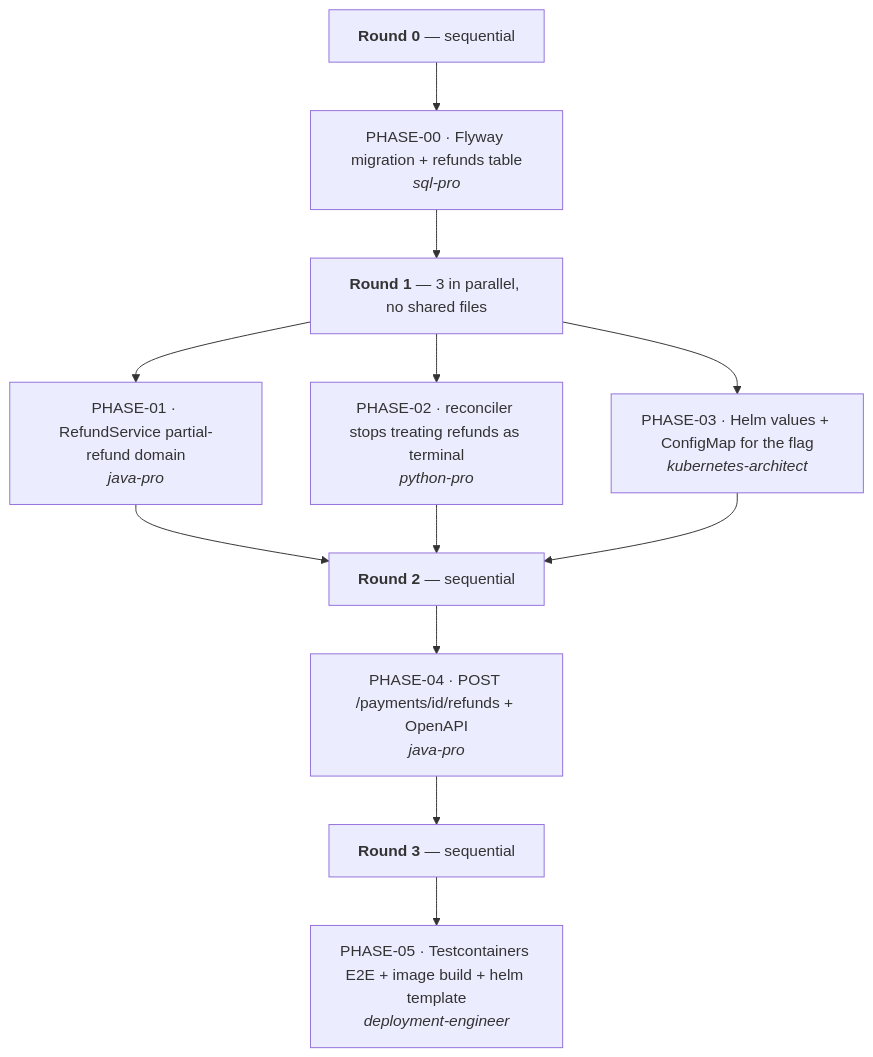
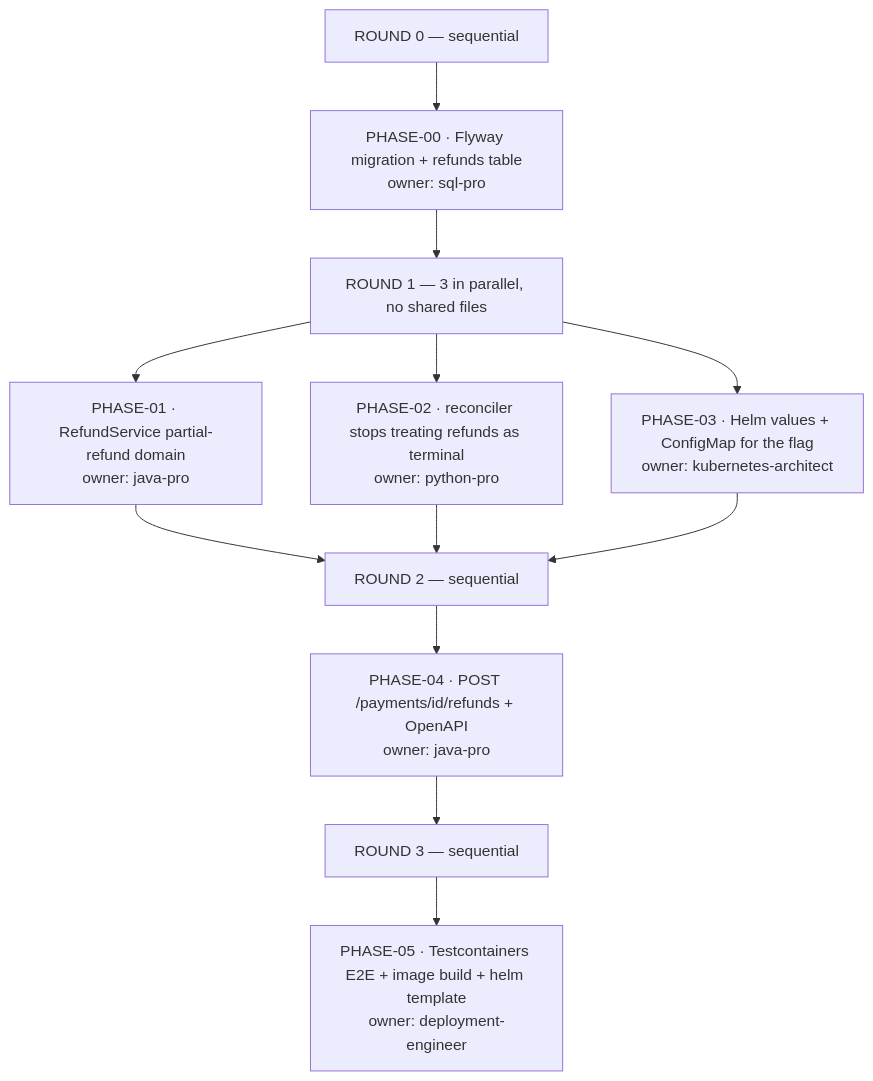
Before and after one commit to necofx/necofx-claude-marketplace: the fifth of 9 diagrams in docs/master-plan-pack/TUTORIAL.md, drawn with Mermaid. The commit also changed other lines of this file, not shown here.

Commit message:
Fix the mermaid diagram GitHub could not parse
A semicolon inside a Note's text ended the statement early, so the rest of the
line parsed as garbage and GitHub refused the whole diagram. Rephrased without
it.

Also dropped the <b>/<i> tags from the rounds diagram: they only render when
htmlLabels is on, and they were decoration either way.

Verified this time rather than eyeballed: all nine diagrams now render through
mermaid-cli against the system Chrome, and the harness reproduces the original
parse error on the pre-fix text, so the pass is meaningful.

````diff
--- a/docs/master-plan-pack/TUTORIAL.md
+++ b/docs/master-plan-pack/TUTORIAL.md
@@ -386,19 +386,19 @@
 ```mermaid
 flowchart TD
-    R0["<b>Round 0</b> — sequential"]
-    P00["PHASE-00 · Flyway migration + refunds table<br/><i>sql-pro</i>"]
+    R0["ROUND 0 — sequential"]
+    P00["PHASE-00 · Flyway migration + refunds table<br/>owner: sql-pro"]
     R0 --> P00
 
-    P00 --> R1["<b>Round 1</b> — 3 in parallel, no shared files"]
-    R1 --> P01["PHASE-01 · RefundService partial-refund domain<br/><i>java-pro</i>"]
-    R1 --> P02["PHASE-02 · reconciler stops treating refunds as terminal<br/><i>python-pro</i>"]
-    R1 --> P03["PHASE-03 · Helm values + ConfigMap for the flag<br/><i>kubernetes-architect</i>"]
+    P00 --> R1["ROUND 1 — 3 in parallel, no shared files"]
+    R1 --> P01["PHASE-01 · RefundService partial-refund domain<br/>owner: java-pro"]
+    R1 --> P02["PHASE-02 · reconciler stops treating refunds as terminal<br/>owner: python-pro"]
+    R1 --> P03["PHASE-03 · Helm values + ConfigMap for the flag<br/>owner: kubernetes-architect"]
 
-    P01 --> R2["<b>Round 2</b> — sequential"]
+    P01 --> R2["ROUND 2 — sequential"]
     P02 --> R2
     P03 --> R2
-    R2 --> P04["PHASE-04 · POST /payments/id/refunds + OpenAPI<br/><i>java-pro</i>"]
+    R2 --> P04["PHASE-04 · POST /payments/id/refunds + OpenAPI<br/>owner: java-pro"]
 
-    P04 --> R3["<b>Round 3</b> — sequential"]
-    R3 --> P05["PHASE-05 · Testcontainers E2E + image build + helm template<br/><i>deployment-engineer</i>"]
+    P04 --> R3["ROUND 3 — sequential"]
+    R3 --> P05["PHASE-05 · Testcontainers E2E + image build + helm template<br/>owner: deployment-engineer"]
 ```
````
